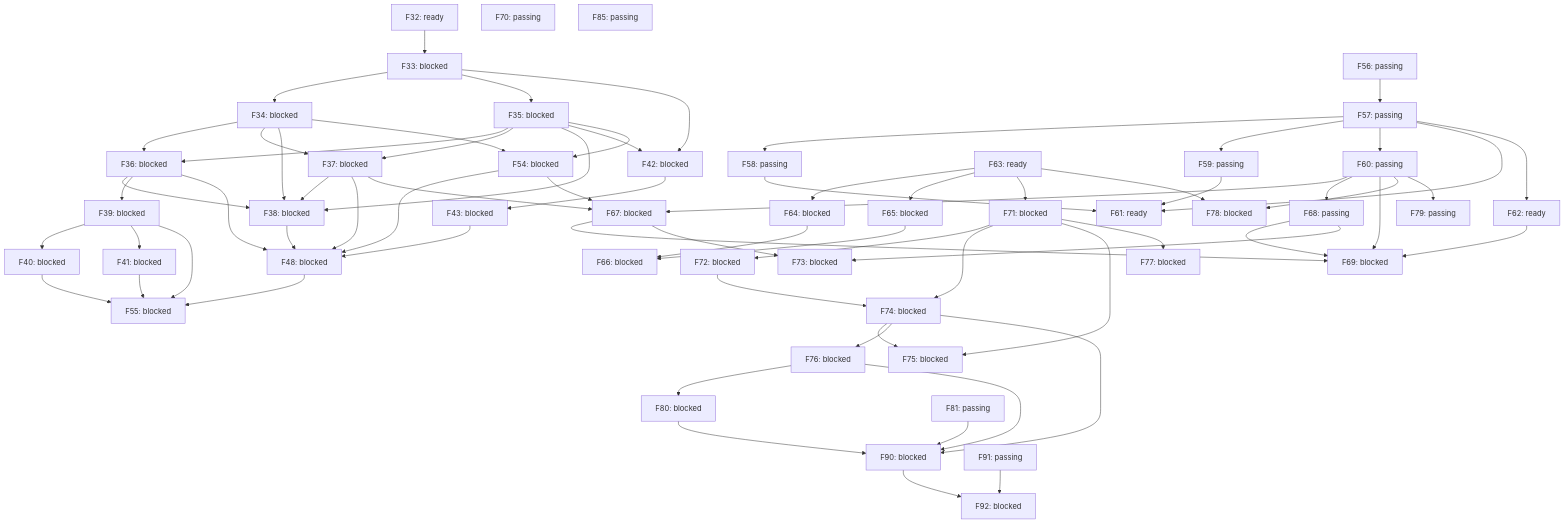
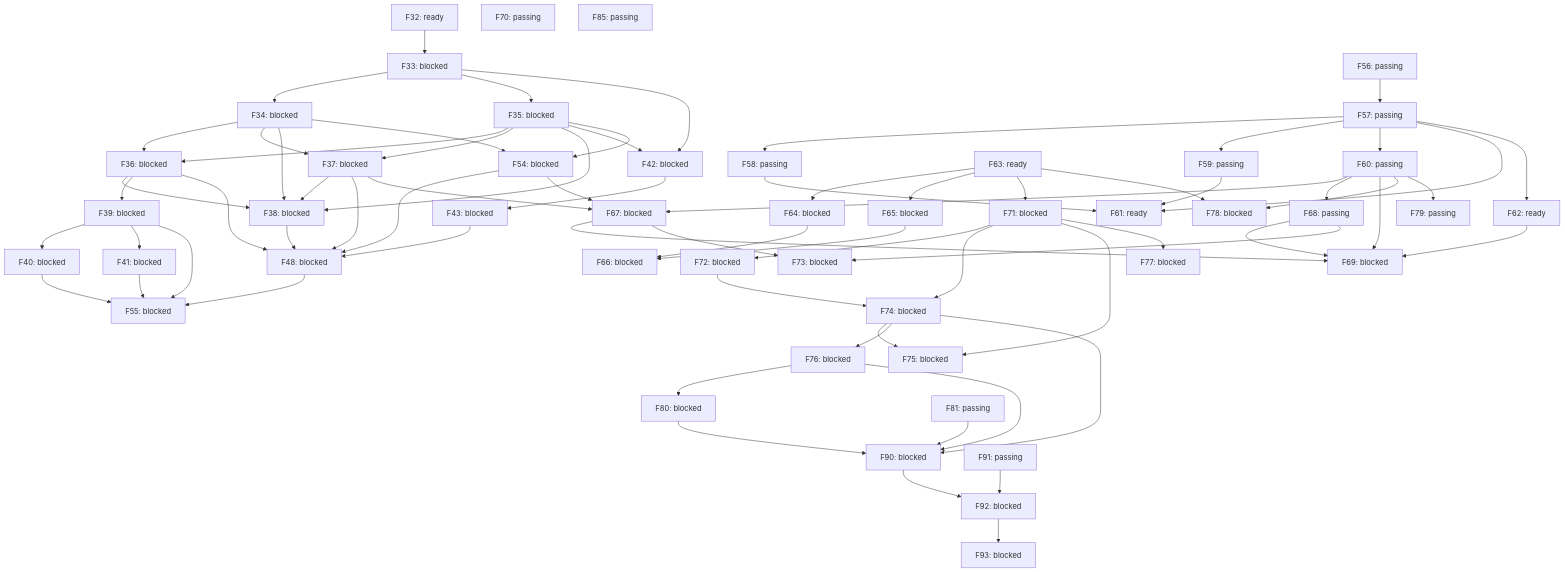
Before and after one commit to alex-nax/rengine: the diagram in docs/roadmap-graph.md, drawn with Mermaid. The commit also changed other lines of this file and 16 other files, not shown here.

````diff
--- a/docs/roadmap-graph.md
+++ b/docs/roadmap-graph.md
@@ -119,4 +119,6 @@
   F92["F92: blocked"]
   F90 --> F92
   F91 --> F92
+  F93["F93: blocked"]
+  F92 --> F93
 ```
````
